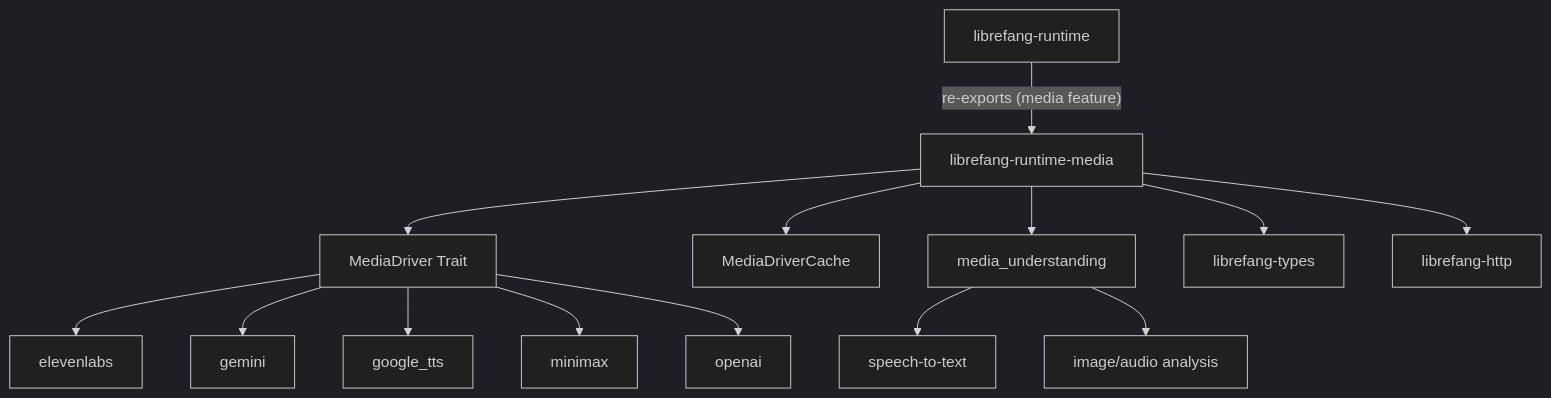
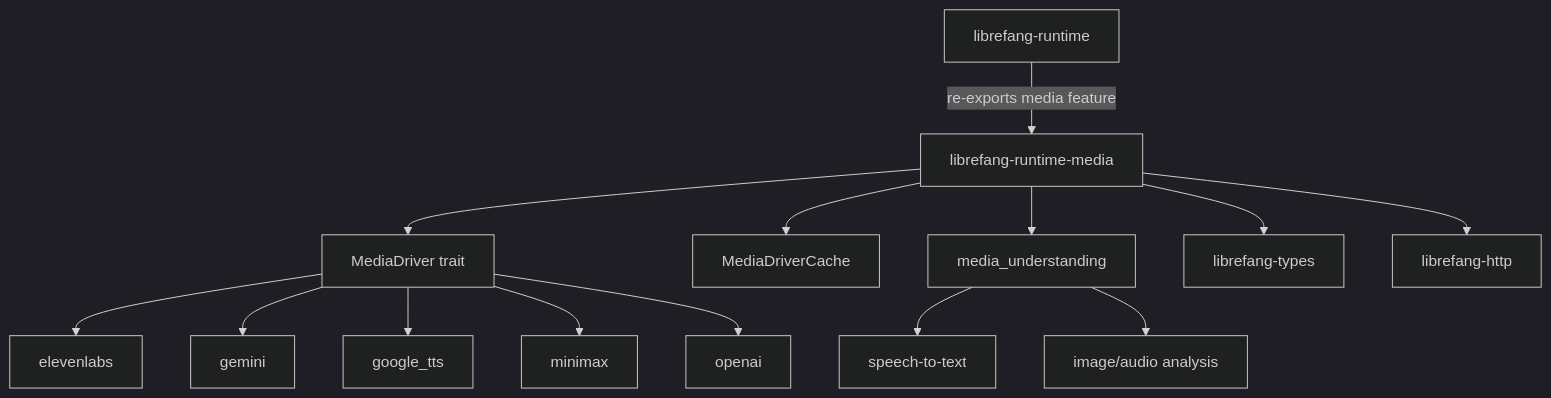
The diagram in other-librefang-runtime-media.md (leszek3737/librefang-WIki), drawn with Mermaid (dark theme) before and after one commit. The commit also changed other lines of this file and 119 other files, not shown here.

````diff
--- a/other-librefang-runtime-media.md
+++ b/other-librefang-runtime-media.md
@@ -15,16 +15,16 @@
 ```mermaid
 graph TD
-    A[librefang-runtime] -->|"re-exports (media feature)"| B[librefang-runtime-media]
-    B --> C[MediaDriver Trait]
+    A[librefang-runtime] -->|"re-exports media feature"| B[librefang-runtime-media]
+    B --> C[MediaDriver trait]
     B --> D[MediaDriverCache]
-    B --> E[media_understanding]
-    C --> F[elevenlabs]
-    C --> G[gemini]
-    C --> H[google_tts]
-    C --> I[minimax]
-    C --> J[openai]
-    E --> K[speech-to-text]
-    E --> L[image/audio analysis]
+    C --> E[elevenlabs]
+    C --> F[gemini]
+    C --> G[google_tts]
+    C --> H[minimax]
+    C --> I[openai]
+    B --> J[media_understanding]
+    J --> K[speech-to-text]
+    J --> L[image/audio analysis]
     B --> M[librefang-types]
     B --> N[librefang-http]
 ```
````
